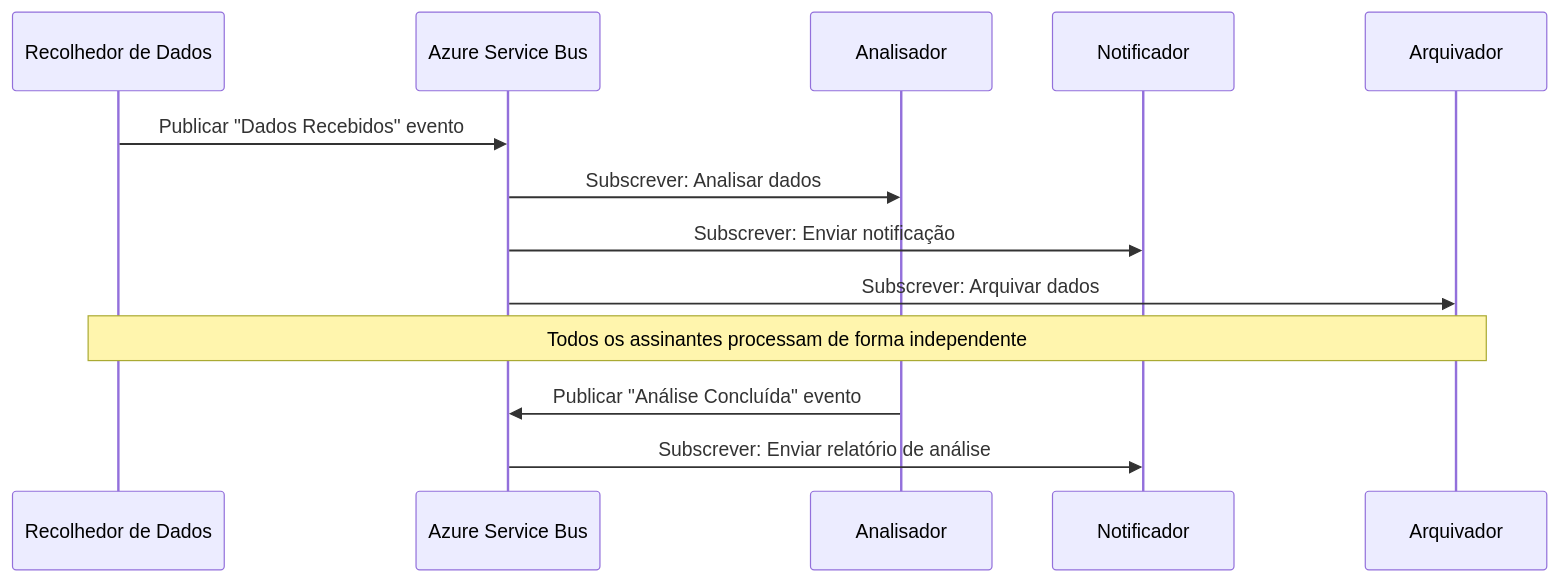
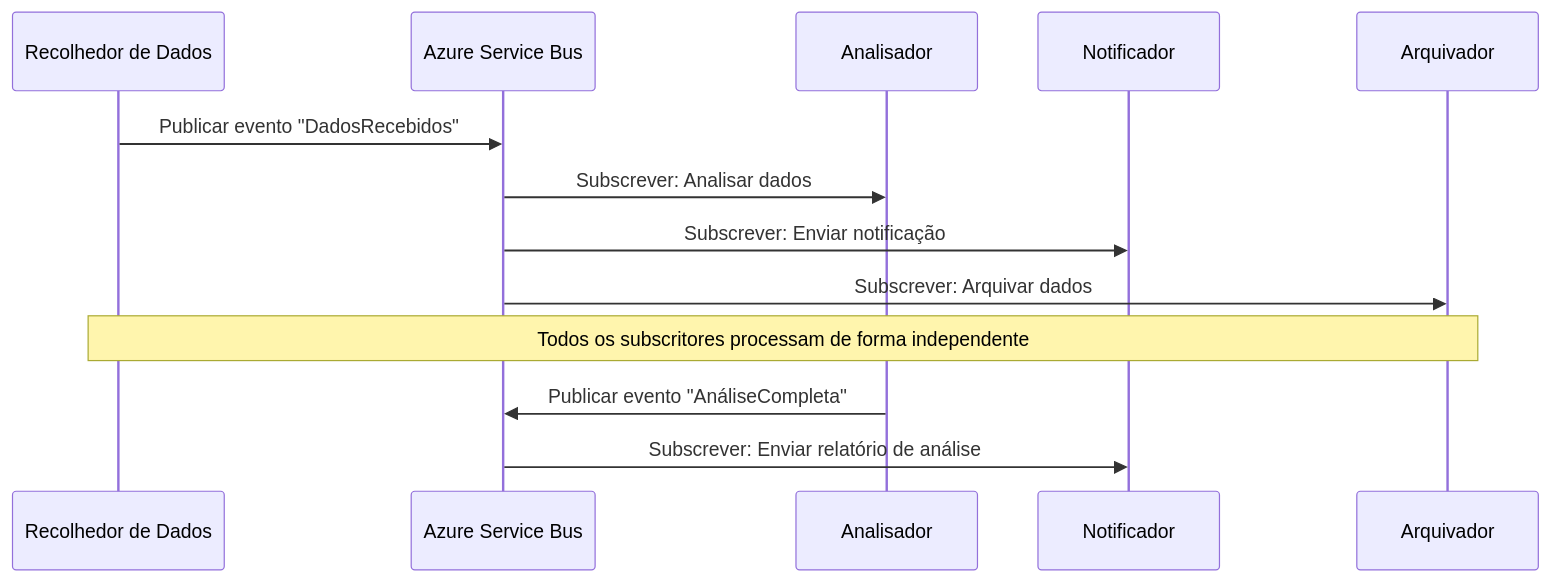
One commit to microsoft/AZD-for-beginners changed the fourth of 6 diagrams in translations/pt-PT/docs/chapter-06-pre-deployment/coordination-patterns.md. Above: the diagram before and after it, drawn with Mermaid. The commit also changed other lines of this file and 101 other files, not shown here.

````diff
--- a/translations/pt-PT/docs/chapter-06-pre-deployment/coordination-patterns.md
+++ b/translations/pt-PT/docs/chapter-06-pre-deployment/coordination-patterns.md
@@ -191,18 +185,18 @@
 ```mermaid
 sequenceDiagram
     participant Agent1 as Recolhedor de Dados
     participant EventBus as Azure Service Bus
     participant Agent2 as Analisador
     participant Agent3 as Notificador
     participant Agent4 as Arquivador
     
-    Agent1->>EventBus: Publicar "Dados Recebidos" evento
+    Agent1->>EventBus: Publicar evento "DadosRecebidos"
     EventBus->>Agent2: Subscrever: Analisar dados
     EventBus->>Agent3: Subscrever: Enviar notificação
     EventBus->>Agent4: Subscrever: Arquivar dados
     
-    Note over Agent1,Agent4: Todos os assinantes processam de forma independente
+    Note over Agent1,Agent4: Todos os subscritores processam de forma independente
     
-    Agent2->>EventBus: Publicar "Análise Concluída" evento
+    Agent2->>EventBus: Publicar evento "AnáliseCompleta"
     EventBus->>Agent3: Subscrever: Enviar relatório de análise
 ```
````
